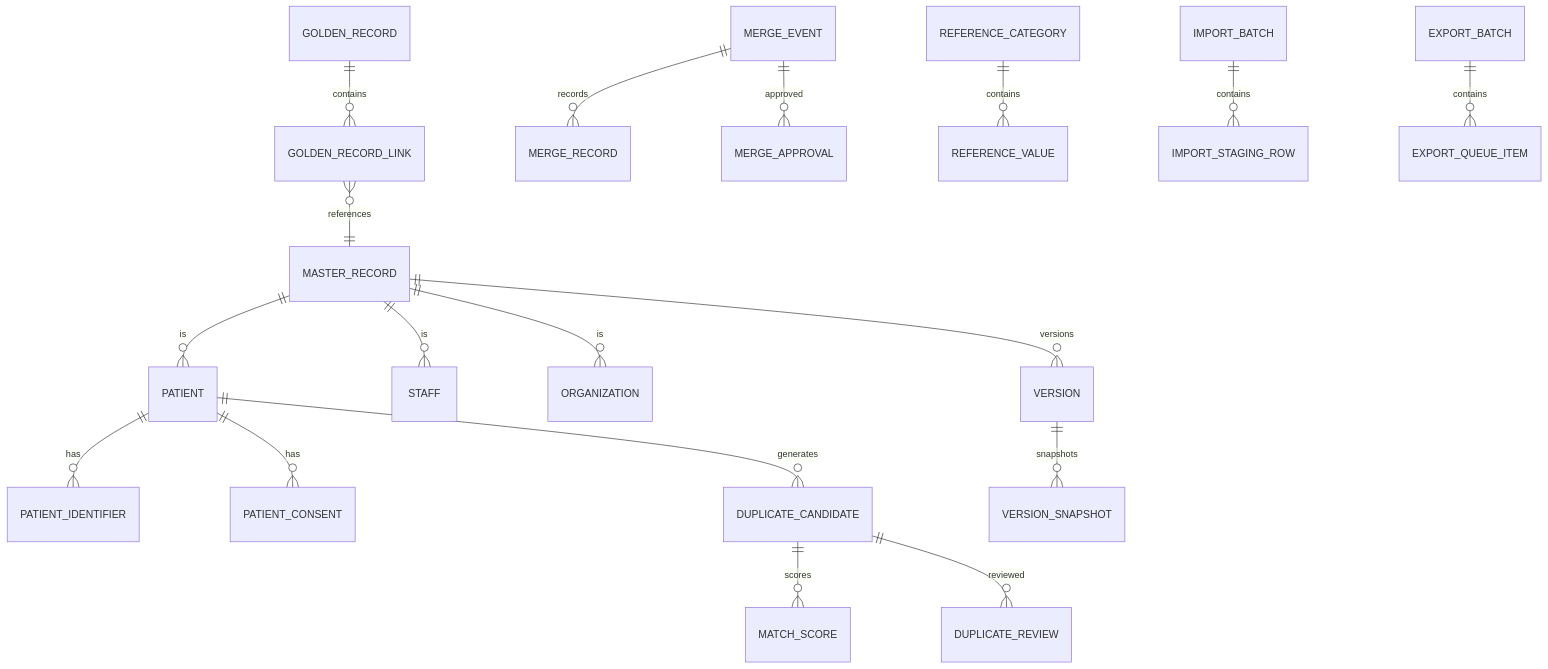
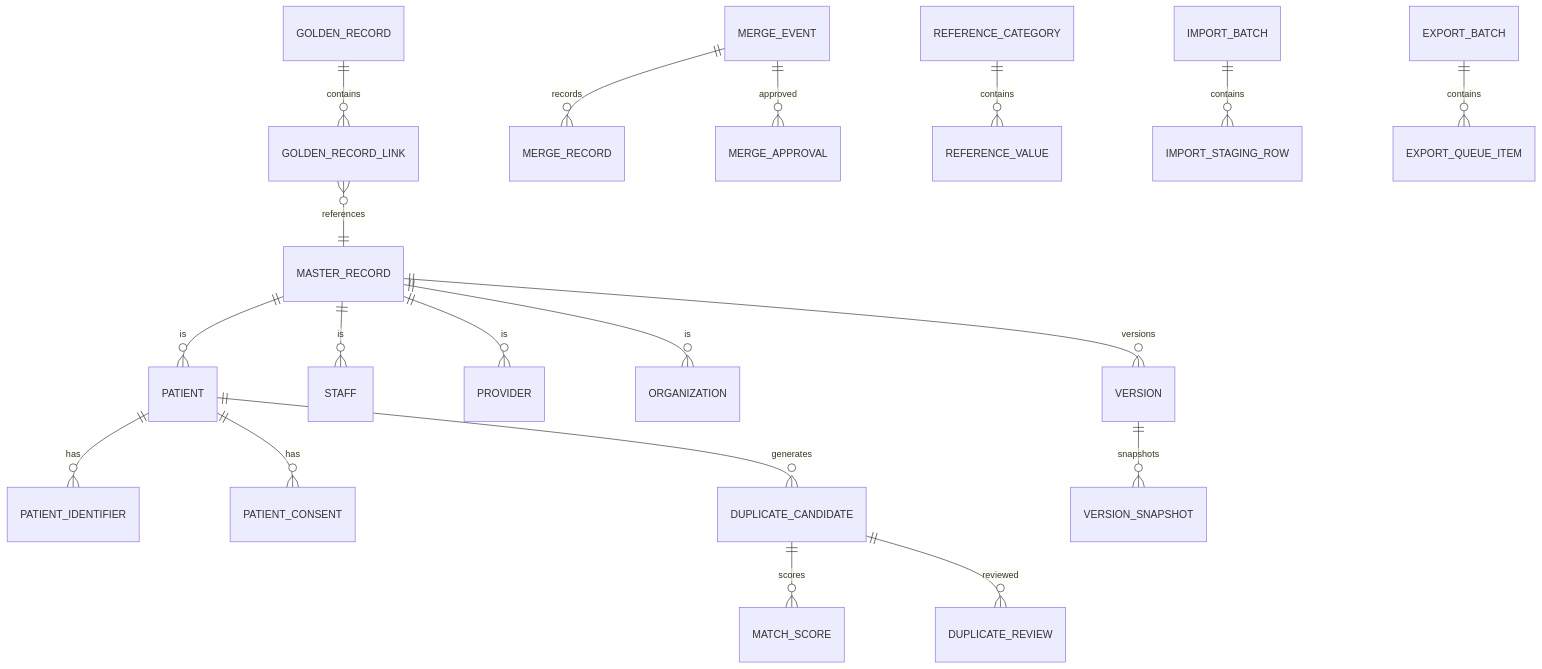
Before and after one commit to RohitPatelAtharva/hospital-erp-enterprise: the first of 2 diagrams in docs/modules/master-data/04-Database-Tables.md, drawn with Mermaid. The commit also changed other lines of this file and 17 other files, not shown here.

Commit message:
docs(architecture): lock master data phase 2 database architecture

````diff
--- a/docs/modules/master-data/04-Database-Tables.md
+++ b/docs/modules/master-data/04-Database-Tables.md
@@ -2501,20 +2570,21 @@
 ```mermaid
 erDiagram
     MASTER_RECORD ||--o{ PATIENT : is
     MASTER_RECORD ||--o{ STAFF : is
+    MASTER_RECORD ||--o{ PROVIDER : is
     MASTER_RECORD ||--o{ ORGANIZATION : is
     GOLDEN_RECORD ||--o{ GOLDEN_RECORD_LINK : contains
     GOLDEN_RECORD_LINK }o--|| MASTER_RECORD : references
     PATIENT ||--o{ PATIENT_IDENTIFIER : has
     PATIENT ||--o{ PATIENT_CONSENT : has
     PATIENT ||--o{ DUPLICATE_CANDIDATE : generates
     DUPLICATE_CANDIDATE ||--o{ MATCH_SCORE : scores
     DUPLICATE_CANDIDATE ||--o{ DUPLICATE_REVIEW : reviewed
     MERGE_EVENT ||--o{ MERGE_RECORD : records
     MERGE_EVENT ||--o{ MERGE_APPROVAL : approved
     REFERENCE_CATEGORY ||--o{ REFERENCE_VALUE : contains
     IMPORT_BATCH ||--o{ IMPORT_STAGING_ROW : contains
     EXPORT_BATCH ||--o{ EXPORT_QUEUE_ITEM : contains
     MASTER_RECORD ||--o{ VERSION : versions
     VERSION ||--o{ VERSION_SNAPSHOT : snapshots
 ```
````
